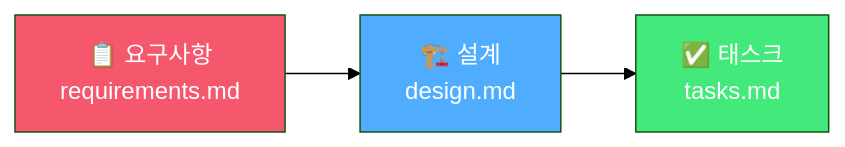
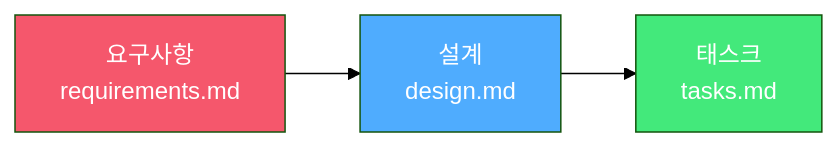
The diagram in module2-spec-development/README.md (rornfdlek/kiro-workshop-gsretail-gitbook), drawn with Mermaid (forest theme) before and after one commit. The commit also changed 6 other files, not shown here.

First line of the commit message:
Fix Mermaid diagrams and SVG image sizing for GitBook

````diff
--- a/module2-spec-development/README.md
+++ b/module2-spec-development/README.md
@@ -11,9 +11,9 @@
 ```mermaid
 graph LR
-    R["📋 요구사항\nrequirements.md"] --> D["🏗️ 설계\ndesign.md"]
-    D --> T["✅ 태스크\ntasks.md"]
+    R["요구사항\nrequirements.md"] --> D["설계\ndesign.md"]
+    D --> T["태스크\ntasks.md"]
 
     style R fill:#f5576c,color:#fff
     style D fill:#4facfe,color:#fff
     style T fill:#43e97b,color:#fff
 ```
````
